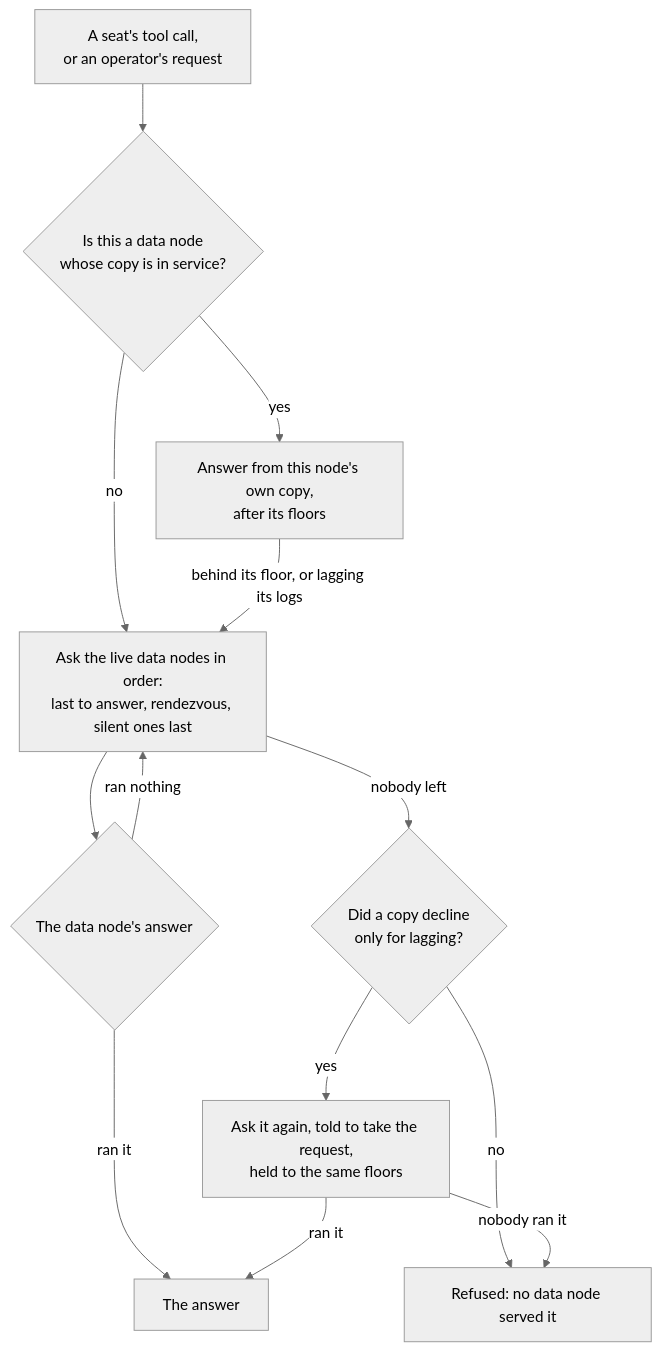
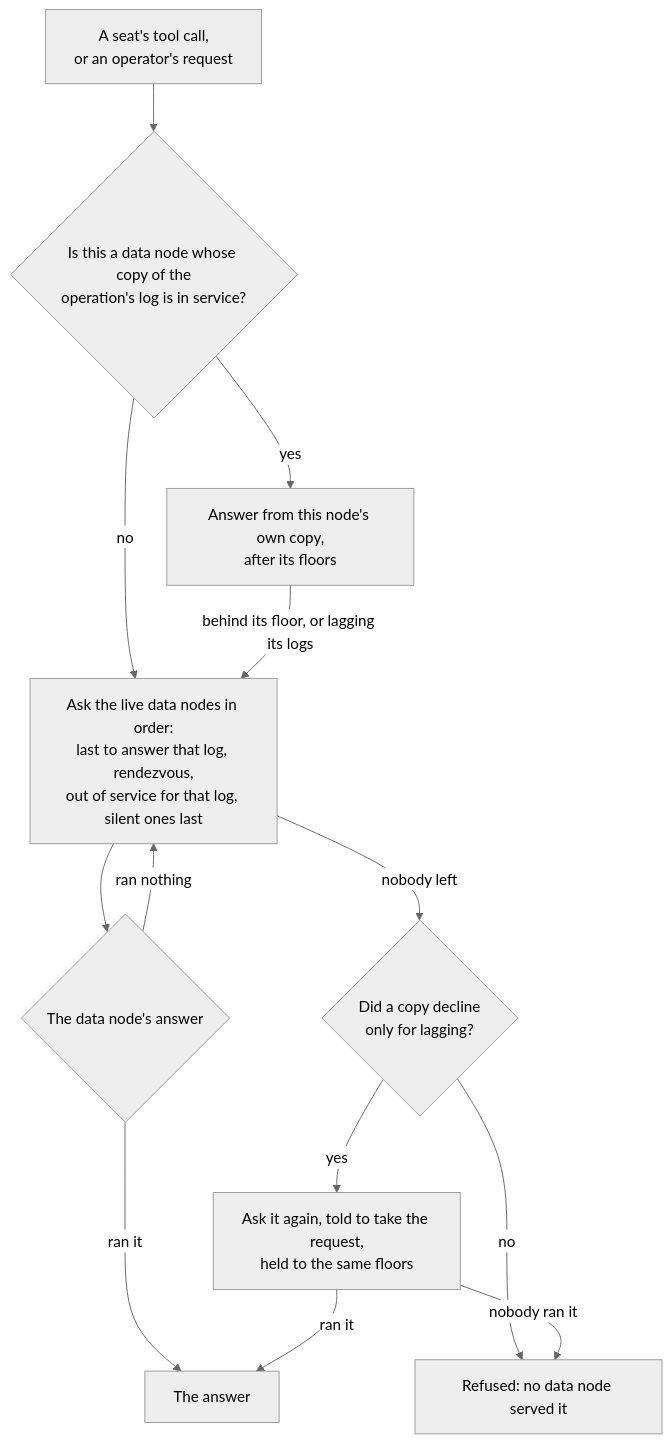
The second of 2 diagrams in docs/concepts/scaling.md (crewlet/crewlet), drawn with Mermaid (neutral theme) before and after one commit. The commit also changed other lines of this file and 59 other files, not shown here.

````diff
--- a/docs/concepts/scaling.md
+++ b/docs/concepts/scaling.md
@@ -108,15 +109,15 @@
 ```mermaid
 flowchart TD
-    op[A seat's tool call,<br/>or an operator's request] --> local{Is this a data node<br/>whose copy is in service?}
+    op[A seat's tool call,<br/>or an operator's request] --> local{Is this a data node whose copy of the<br/>operation's log is in service?}
     local -- yes --> own[Answer from this node's own copy,<br/>after its floors]
-    local -- no --> order[Ask the live data nodes in order:<br/>last to answer, rendezvous, silent ones last]
+    local -- no --> order[Ask the live data nodes in order:<br/>last to answer that log, rendezvous,<br/>out of service for that log, silent ones last]
     own -- behind its floor, or lagging its logs --> order
     order --> reply{The data node's answer}
     reply -- ran it --> done[The answer]
     reply -- ran nothing --> order
     order -- nobody left --> lagging{Did a copy decline<br/>only for lagging?}
     lagging -- yes --> last[Ask it again, told to take the request,<br/>held to the same floors]
     last -- ran it --> done
     lagging -- no --> unserved[Refused: no data node served it]
     last -- nobody ran it --> unserved
 ```
````
